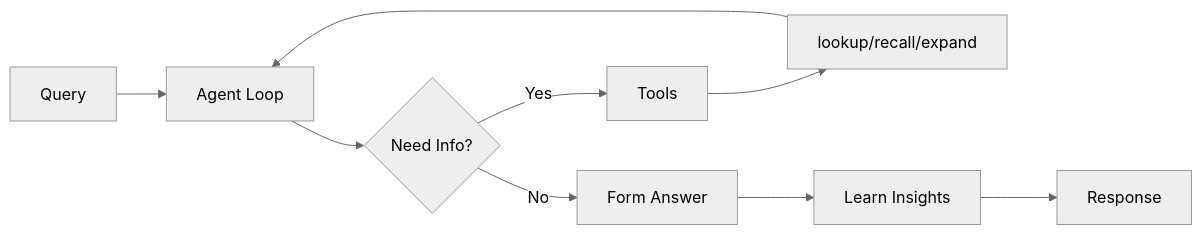
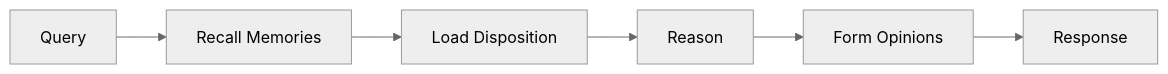
The diagram in hindsight-docs/docs/developer/reflect.md (nepenth/hindsight), drawn with Mermaid (neutral theme) before and after one commit. The commit also changed other lines of this file and 16 other files, not shown here.

````diff
--- a/hindsight-docs/docs/developer/reflect.md
+++ b/hindsight-docs/docs/developer/reflect.md
@@ -9,11 +9,8 @@
 ```mermaid
 graph LR
-    A[Query] --> B[Agent Loop]
-    B --> C{Need Info?}
-    C -->|Yes| D[Tools]
-    D --> E[lookup/recall/expand]
-    E --> B
-    C -->|No| F[Form Answer]
-    F --> G[Learn Insights]
-    G --> H[Response]
+    A[Query] --> B[Recall Memories]
+    B --> C[Load Disposition]
+    C --> D[Reason]
+    D --> E[Form Opinions]
+    E --> F[Response]
 ```
````
